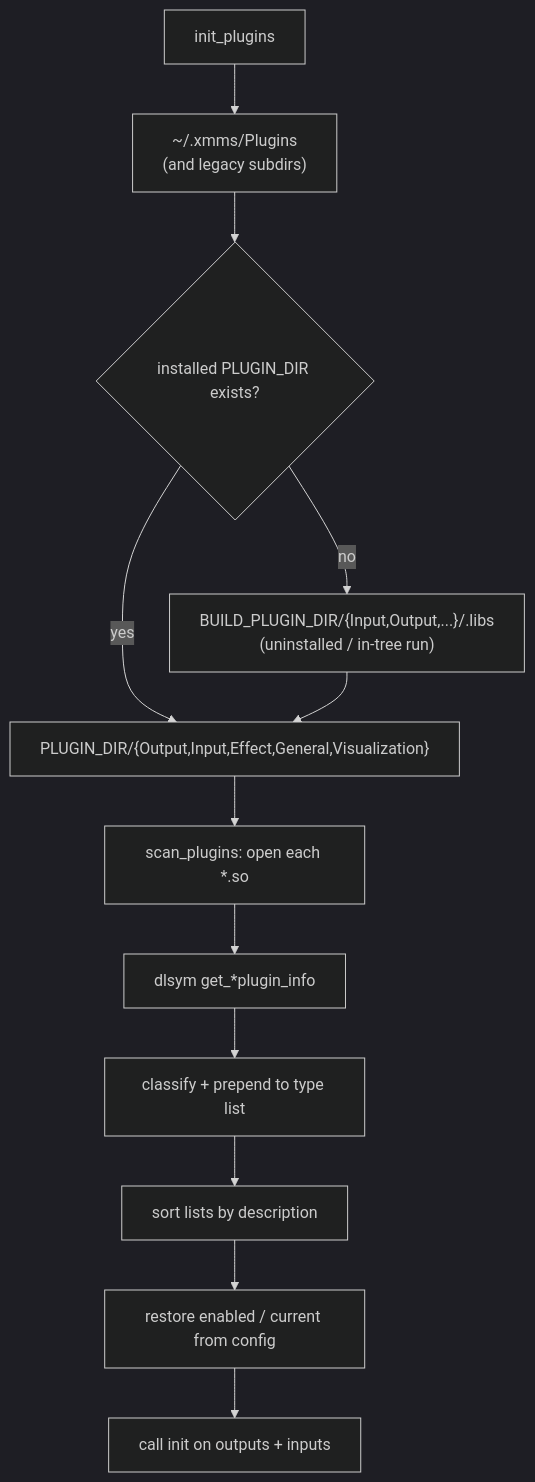
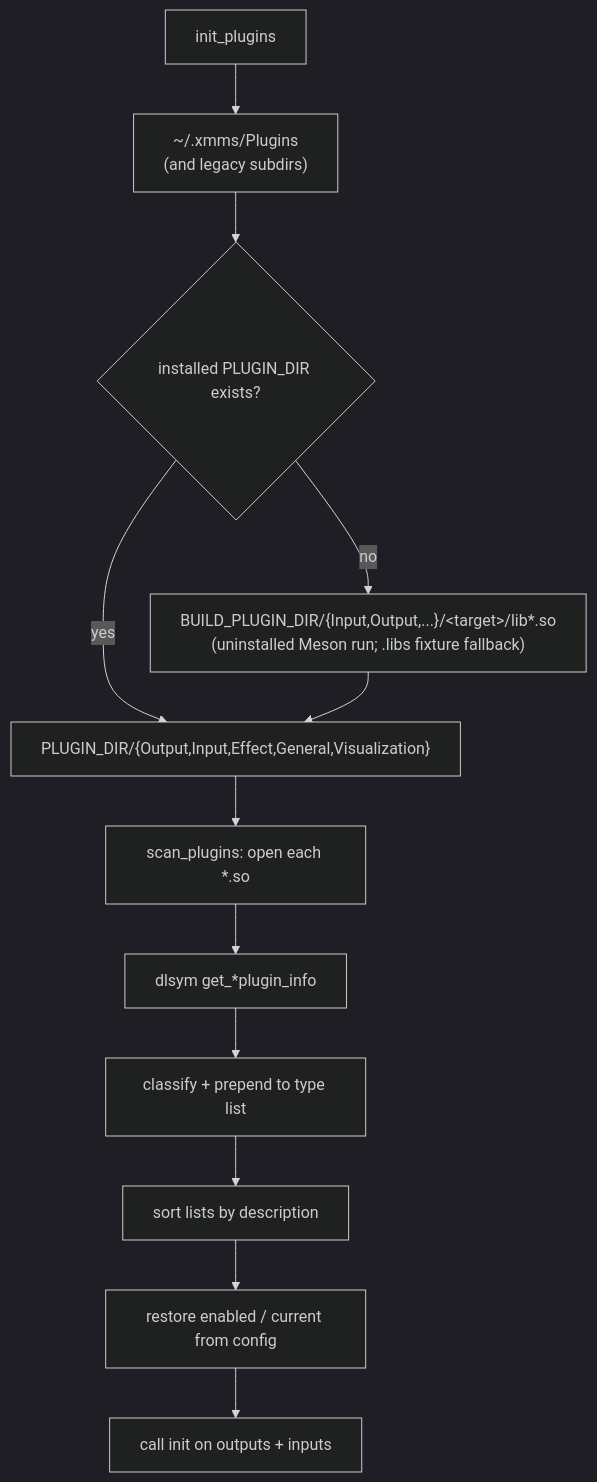
The second of 7 diagrams in docs/architecture/plugin-system.md (tuunanet/xmms-gtk4-experimental), drawn with Mermaid (dark theme) before and after one commit. The commit also changed other lines of this file and 200 other files, not shown here.

````diff
--- a/docs/architecture/plugin-system.md
+++ b/docs/architecture/plugin-system.md
@@ -67,14 +67,14 @@
 ```mermaid
 flowchart TD
     A[init_plugins] --> B["~/.xmms/Plugins<br/>(and legacy subdirs)"]
     B --> C{installed PLUGIN_DIR exists?}
-    C -->|no| D["BUILD_PLUGIN_DIR/{Input,Output,...}/.libs<br/>(uninstalled / in-tree run)"]
+    C -->|no| D["BUILD_PLUGIN_DIR/{Input,Output,...}/&lt;target&gt;/lib*.so<br/>(uninstalled Meson run; .libs fixture fallback)"]
     C -->|yes| E["PLUGIN_DIR/{Output,Input,Effect,General,Visualization}"]
     D --> E
     E --> F["scan_plugins: open each *.so"]
     F --> G["dlsym get_*plugin_info"]
     G --> H[classify + prepend to type list]
     H --> I[sort lists by description]
     I --> J[restore enabled / current from config]
     J --> K[call init on outputs + inputs]
 ```
````
